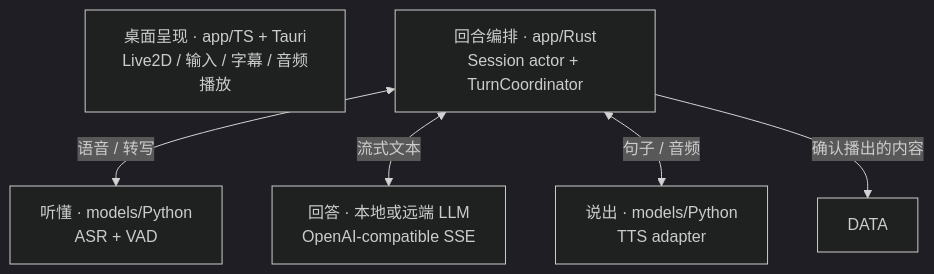
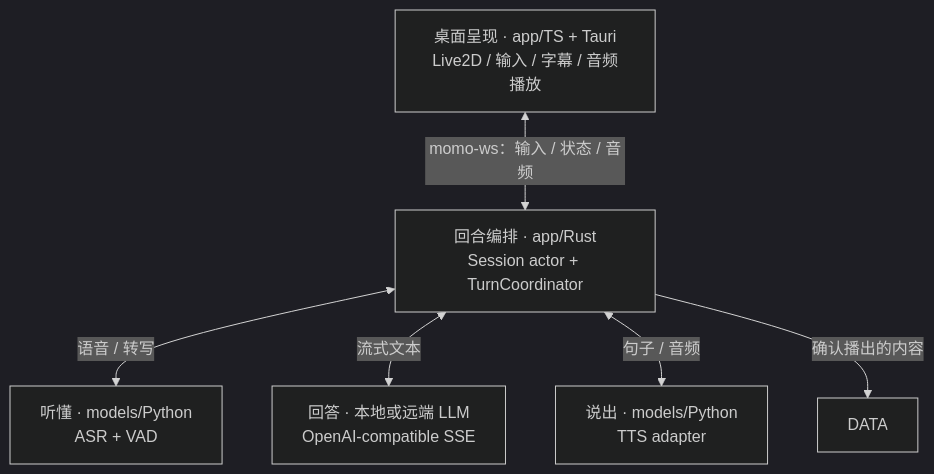
The first of 5 diagrams in docs/01-architecture/system.md (Momoyeyu/momo), drawn with Mermaid (dark theme) before and after one commit. The commit also changed other lines of this file and 19 other files, not shown here.

````diff
--- a/docs/01-architecture/system.md
+++ b/docs/01-architecture/system.md
@@ -6,12 +7,13 @@
 ```mermaid
 flowchart TB
     DESK["桌面呈现 · app/TS + Tauri<br/>Live2D / 输入 / 字幕 / 音频播放"]
     TURN["回合编排 · app/Rust<br/>Session actor + TurnCoordinator"]
     ASR["听懂 · models/Python<br/>ASR + VAD"]
     LLM["回答 · 本地或远端 LLM<br/>OpenAI-compatible SSE"]
     TTS["说出 · models/Python<br/>TTS adapter"]
+    DESK <-->|"momo-ws：输入 / 状态 / 音频"| TURN
     TURN <-->|"语音 / 转写"| ASR
     TURN <-->|"流式文本"| LLM
     TURN <-->|"句子 / 音频"| TTS
     TURN -->|"确认播出的内容"| DATA
 ```
````
